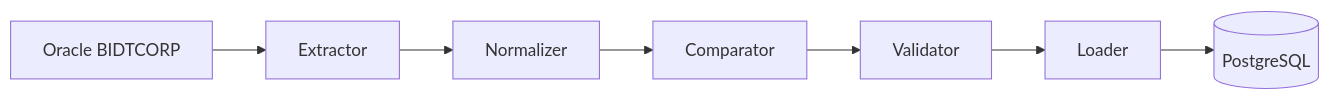
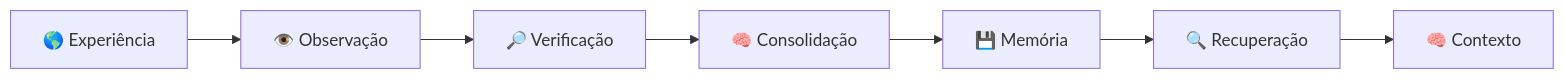
The fourth of 5 diagrams in README.md (lucasrsantosdev/atlas), drawn with Mermaid before and after one commit. The commit also changed other lines of this file, not shown here.

````diff
--- a/README.md
+++ b/README.md
@@ -386,29 +307,17 @@
 ```mermaid
 flowchart LR
+    E["🌎 Experiência"]
+    O["👁️ Observação"]
+    V["🔎 Verificação"]
+    C["🧠 Consolidação"]
+    M["💾 Memória"]
+    R["🔍 Recuperação"]
+    CTX["🧠 Contexto"]
 
-ORACLE["Oracle BIDTCORP"]
-
--->
-
-EXTRACT["Extractor"]
-
--->
-
-NORMALIZER["Normalizer"]
-
--->
-
-COMPARATOR["Comparator"]
-
--->
-
-VALIDATOR["Validator"]
-
--->
-
-LOADER["Loader"]
-
--->
-
-POSTGRES[(PostgreSQL)]
+    E --> O
+    O --> V
+    V --> C
+    C --> M
+    M --> R
+    R --> CTX
 ```
````
